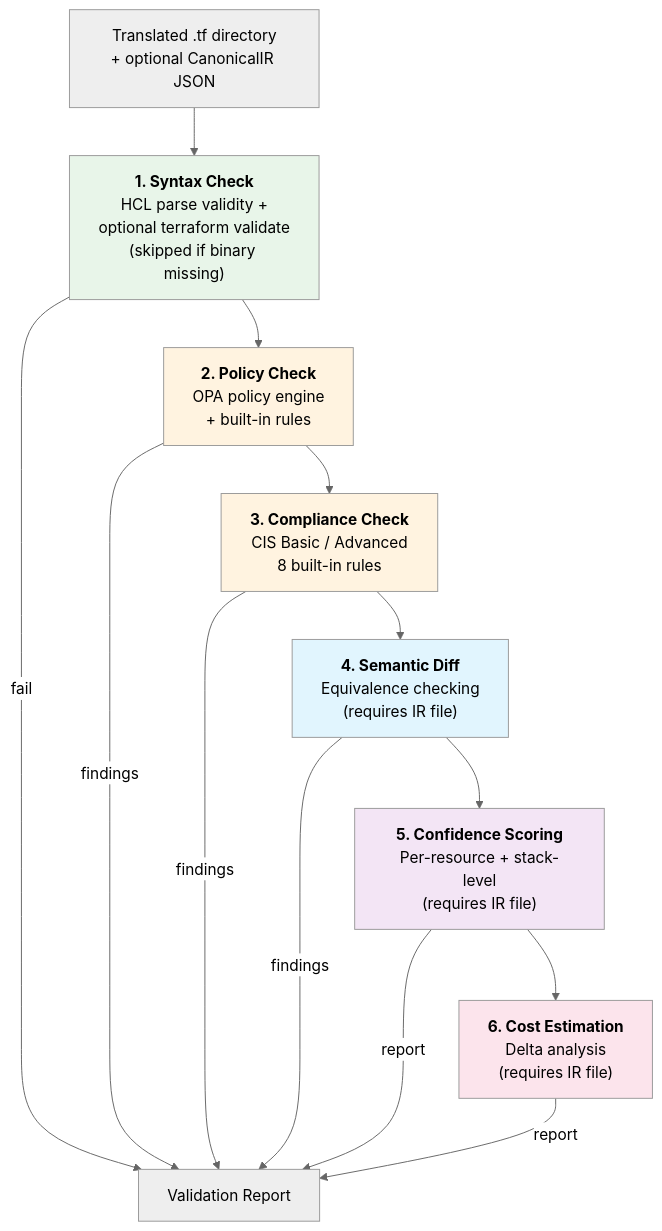
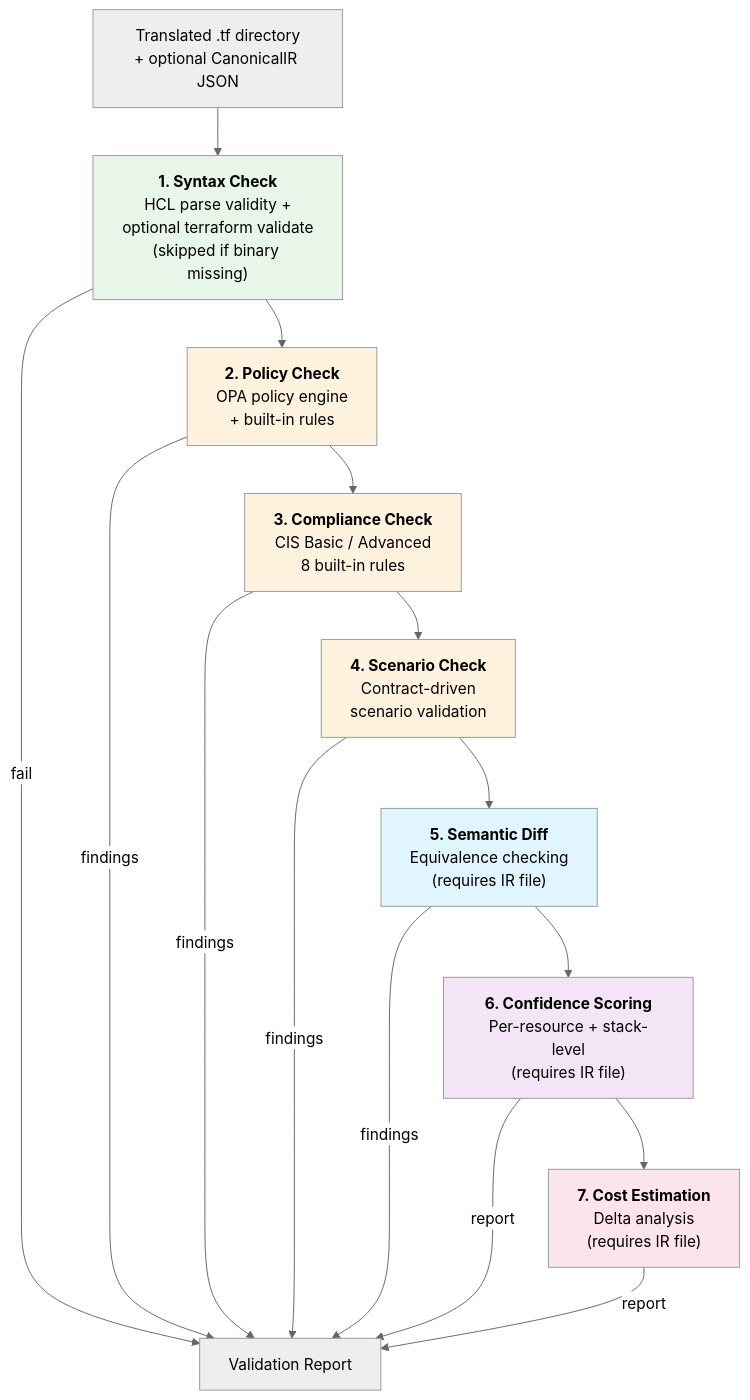
One commit to ste-bah/tla-translation-platform changed the ninth of 14 diagrams in docs/ARCHITECTURE.md. Above: the diagram before and after it, drawn with Mermaid. The commit also changed other lines of this file and 2 other files, not shown here.

First line of the commit message:
docs: update all docs for PRs 8-13 — contracts, scenario validation, automation modes

````diff
--- a/docs/ARCHITECTURE.md
+++ b/docs/ARCHITECTURE.md
@@ -424,26 +427,29 @@
 ```mermaid
 %%{init: {"theme": "neutral"}}%%
 flowchart TD
     Input["Translated .tf directory<br/>+ optional CanonicalIR JSON"]
 
     Input --> Syntax["<b>1. Syntax Check</b><br/>HCL parse validity +<br/>optional terraform validate<br/>(skipped if binary missing)"]
     Syntax --> Policy["<b>2. Policy Check</b><br/>OPA policy engine<br/>+ built-in rules"]
     Policy --> Compliance["<b>3. Compliance Check</b><br/>CIS Basic / Advanced<br/>8 built-in rules"]
-    Compliance --> Semantic["<b>4. Semantic Diff</b><br/>Equivalence checking<br/>(requires IR file)"]
-    Semantic --> Confidence["<b>5. Confidence Scoring</b><br/>Per-resource + stack-level<br/>(requires IR file)"]
-    Confidence --> Cost["<b>6. Cost Estimation</b><br/>Delta analysis<br/>(requires IR file)"]
+    Compliance --> Scenario["<b>4. Scenario Check</b><br/>Contract-driven<br/>scenario validation"]
+    Scenario --> Semantic["<b>5. Semantic Diff</b><br/>Equivalence checking<br/>(requires IR file)"]
+    Semantic --> Confidence["<b>6. Confidence Scoring</b><br/>Per-resource + stack-level<br/>(requires IR file)"]
+    Confidence --> Cost["<b>7. Cost Estimation</b><br/>Delta analysis<br/>(requires IR file)"]
 
     Syntax -->|"fail"| Report["Validation Report"]
     Policy -->|"findings"| Report
     Compliance -->|"findings"| Report
+    Scenario -->|"findings"| Report
     Semantic -->|"findings"| Report
     Confidence -->|"report"| Report
     Cost -->|"report"| Report
 
     style Syntax fill:#e8f5e9
     style Policy fill:#fff3e0
     style Compliance fill:#fff3e0
+    style Scenario fill:#fff3e0
     style Semantic fill:#e1f5fe
     style Confidence fill:#f3e5f5
     style Cost fill:#fce4ec
 ```
````
